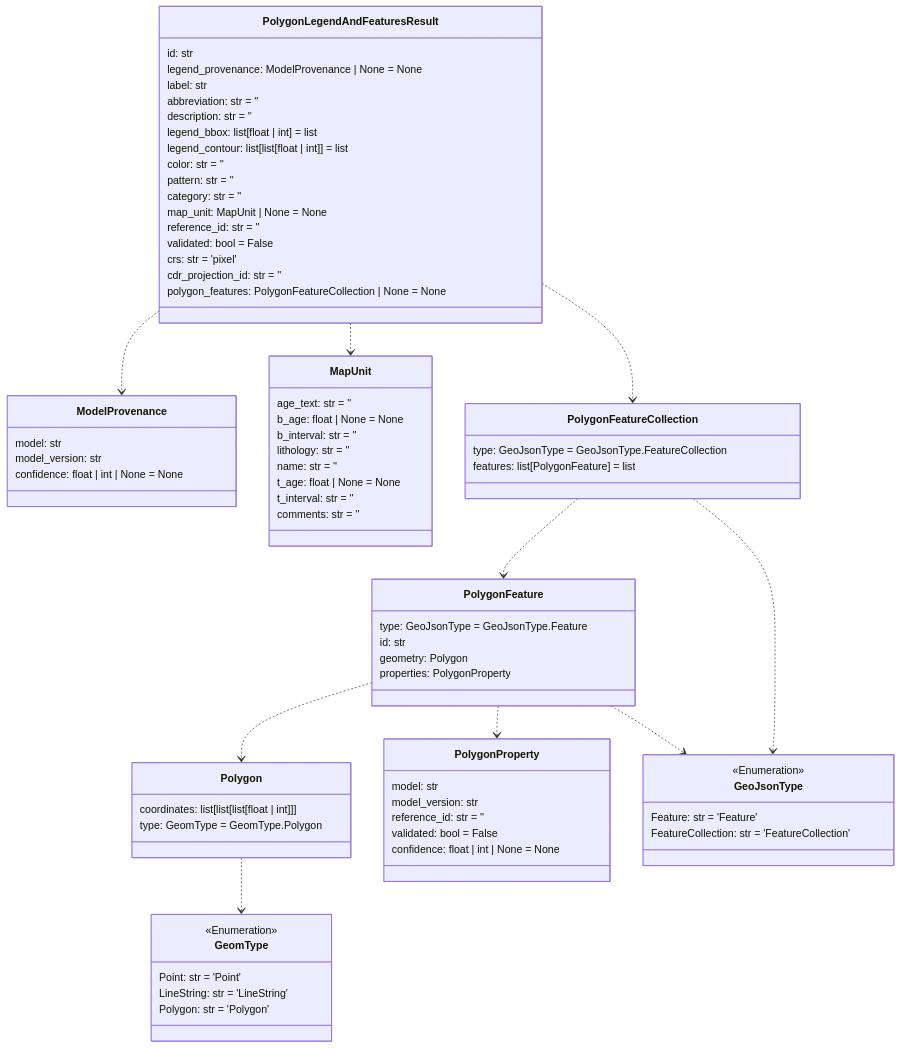
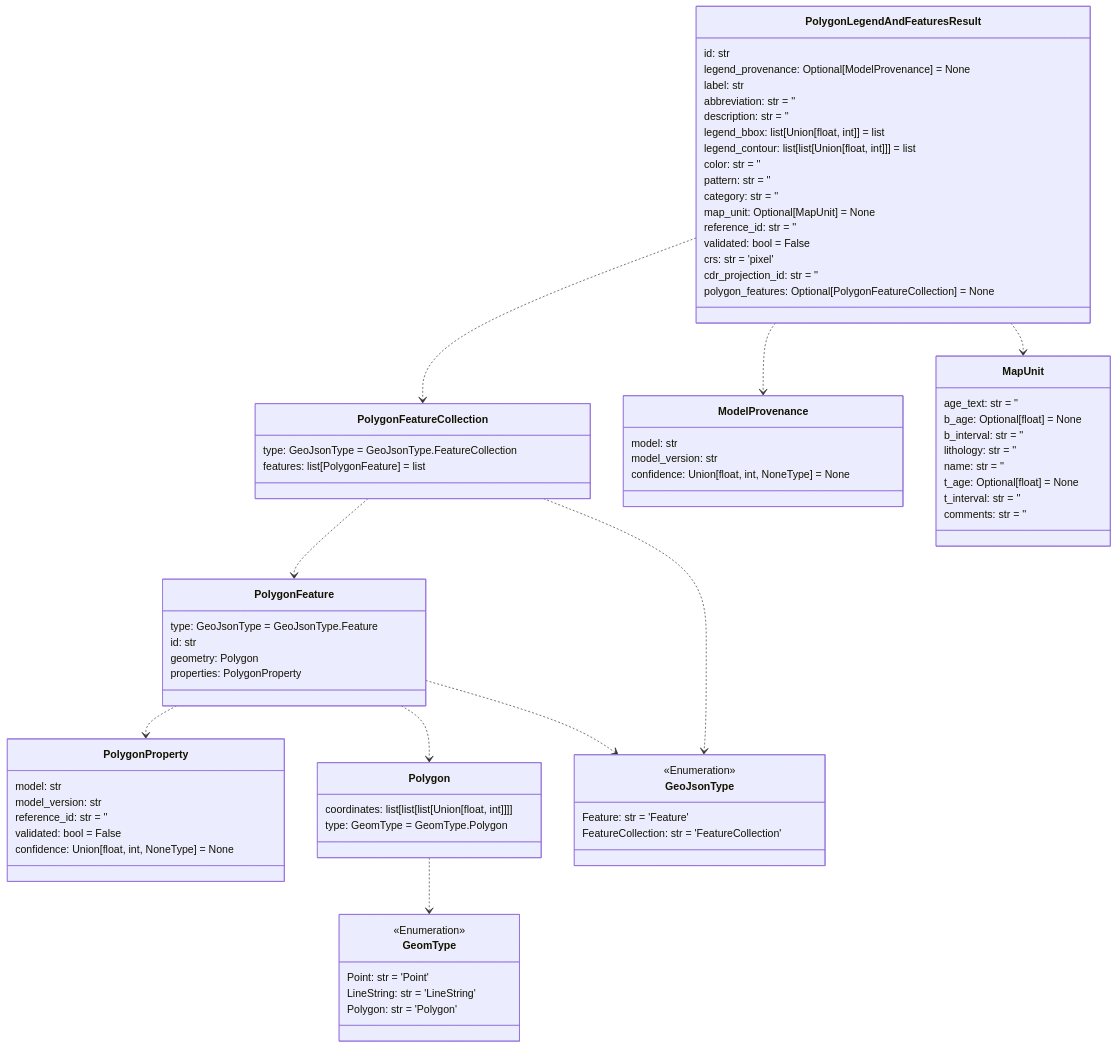
One commit to DARPA-CRITICALMAAS/cdr_schemas changed the seventh of 14 diagrams in README.md. Above: the diagram before and after it, drawn with Mermaid. The commit also changed other lines of this file and 1 other file, not shown here.

````diff
--- a/README.md
+++ b/README.md
@@ -543,16 +543,36 @@
 ```mermaid
 classDiagram
 
-    class PolygonFeature {
-        type: GeoJsonType = GeoJsonType.Feature
-        id: str
-        geometry: Polygon
-        properties: PolygonProperty
+    class PolygonProperty {
+        model: str
+        model_version: str
+        reference_id: str = ''
+        validated: bool = False
+        confidence: Union[float, int, NoneType] = None
     }
 
-    class Polygon {
-        coordinates: list[list[list[float | int]]]
-        type: GeomType = GeomType.Polygon
+    class PolygonFeatureCollection {
+        type: GeoJsonType = GeoJsonType.FeatureCollection
+        features: list[PolygonFeature] = list
+    }
+
+    class PolygonLegendAndFeaturesResult {
+        id: str
+        legend_provenance: Optional[ModelProvenance] = None
+        label: str
+        abbreviation: str = ''
+        description: str = ''
+        legend_bbox: list[Union[float, int]] = list
+        legend_contour: list[list[Union[float, int]]] = list
+        color: str = ''
+        pattern: str = ''
+        category: str = ''
+        map_unit: Optional[MapUnit] = None
+        reference_id: str = ''
+        validated: bool = False
+        crs: str = 'pixel'
+        cdr_projection_id: str = ''
+        polygon_features: Optional[PolygonFeatureCollection] = None
     }
 
     class GeomType {
@@ -562,12 +582,33 @@
         Polygon: str = 'Polygon'
     }
 
-    class PolygonProperty {
+    class ModelProvenance {
         model: str
         model_version: str
-        reference_id: str = ''
-        validated: bool = False
-        confidence: float | int | None = None
+        confidence: Union[float, int, NoneType] = None
+    }
+
+    class Polygon {
+        coordinates: list[list[list[Union[float, int]]]]
+        type: GeomType = GeomType.Polygon
+    }
+
+    class MapUnit {
+        age_text: str = ''
+        b_age: Optional[float] = None
+        b_interval: str = ''
+        lithology: str = ''
+        name: str = ''
+        t_age: Optional[float] = None
+        t_interval: str = ''
+        comments: str = ''
+    }
+
+    class PolygonFeature {
+        type: GeoJsonType = GeoJsonType.Feature
+        id: str
+        geometry: Polygon
+        properties: PolygonProperty
     }
 
     class GeoJsonType {
@@ -576,56 +617,15 @@
         FeatureCollection: str = 'FeatureCollection'
     }
 
-    class PolygonLegendAndFeaturesResult {
-        id: str
-        legend_provenance: ModelProvenance | None = None
-        label: str
-        abbreviation: str = ''
-        description: str = ''
-        legend_bbox: list[float | int] = list
-        legend_contour: list[list[float | int]] = list
-        color: str = ''
-        pattern: str = ''
-        category: str = ''
-        map_unit: MapUnit | None = None
-        reference_id: str = ''
-        validated: bool = False
-        crs: str = 'pixel'
-        cdr_projection_id: str = ''
-        polygon_features: PolygonFeatureCollection | None = None
-    }
-
-    class ModelProvenance {
-        model: str
-        model_version: str
-        confidence: float | int | None = None
-    }
-
-    class MapUnit {
-        age_text: str = ''
-        b_age: float | None = None
-        b_interval: str = ''
-        lithology: str = ''
-        name: str = ''
-        t_age: float | None = None
-        t_interval: str = ''
-        comments: str = ''
-    }
-
-    class PolygonFeatureCollection {
-        type: GeoJsonType = GeoJsonType.FeatureCollection
-        features: list[PolygonFeature] = list
-    }
-
     Polygon ..> GeomType
-    PolygonFeature ..> Polygon
     PolygonFeature ..> PolygonProperty
     PolygonFeature ..> GeoJsonType
+    PolygonFeature ..> Polygon
     PolygonFeatureCollection ..> PolygonFeature
     PolygonFeatureCollection ..> GeoJsonType
+    PolygonLegendAndFeaturesResult ..> PolygonFeatureCollection
+    PolygonLegendAndFeaturesResult ..> MapUnit
     PolygonLegendAndFeaturesResult ..> ModelProvenance
-    PolygonLegendAndFeaturesResult ..> MapUnit
-    PolygonLegendAndFeaturesResult ..> PolygonFeatureCollection
 
 
 ```
````
